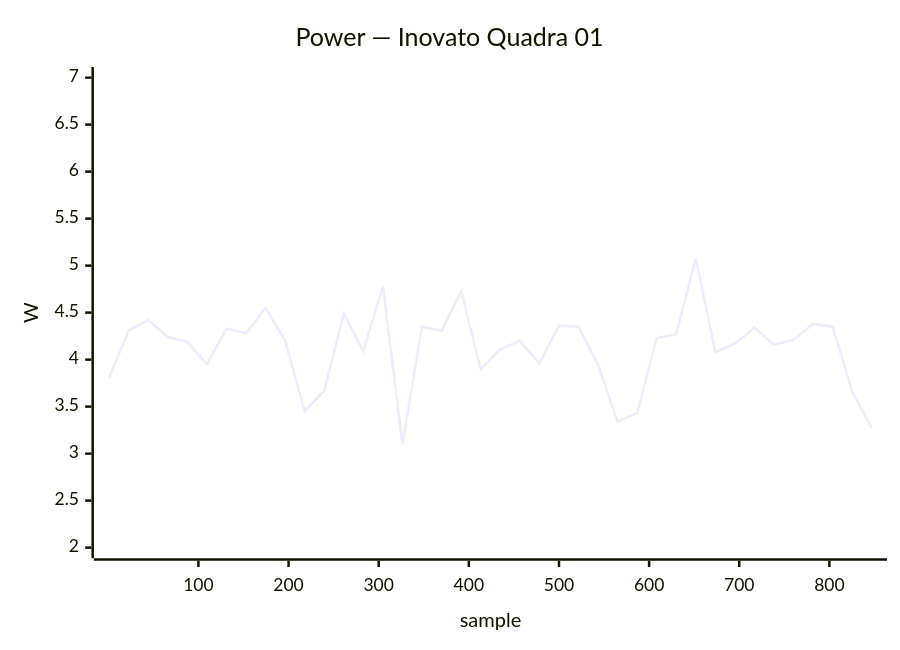
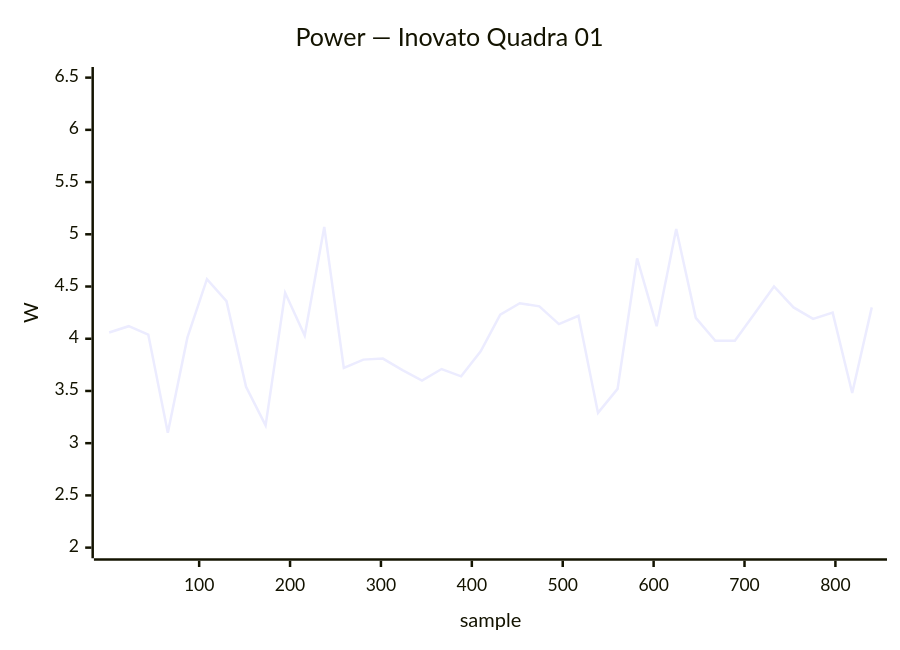
Diagram 15 of 40 in docs/status/board-tests.md (armbian/documentation), drawn with Mermaid before and after one commit. The commit also changed other lines of this file, not shown here.

````diff
--- a/docs/status/board-tests.md
+++ b/docs/status/board-tests.md
@@ -693,7 +703,7 @@
 ```mermaid
 xychart-beta
     title "Power — Inovato Quadra 01"
-    x-axis "sample" 1 --> 847
-    y-axis "W" 2.0 --> 7.0
-    line [3.81, 4.31, 4.42, 4.24, 4.19, 3.95, 4.33, 4.28, 4.55, 4.20, 3.45, 3.67, 4.49, 4.09, 4.78, 3.10, 4.35, 4.31, 4.73, 3.90, 4.11, 4.20, 3.96, 4.36, 4.35, 3.95, 3.34, 3.43, 4.23, 4.27, 5.08, 4.08, 4.17, 4.34, 4.16, 4.21, 4.38, 4.35, 3.66, 3.27]
+    x-axis "sample" 1 --> 840
+    y-axis "W" 2.0 --> 6.5
+    line [4.06, 4.12, 4.04, 3.10, 4.01, 4.57, 4.36, 3.54, 3.17, 4.44, 4.03, 5.07, 3.72, 3.80, 3.81, 3.70, 3.60, 3.71, 3.64, 3.88, 4.23, 4.34, 4.31, 4.14, 4.22, 3.29, 3.52, 4.77, 4.12, 5.05, 4.20, 3.98, 3.98, 4.24, 4.50, 4.30, 4.19, 4.25, 3.48, 4.30]
 ```
````
